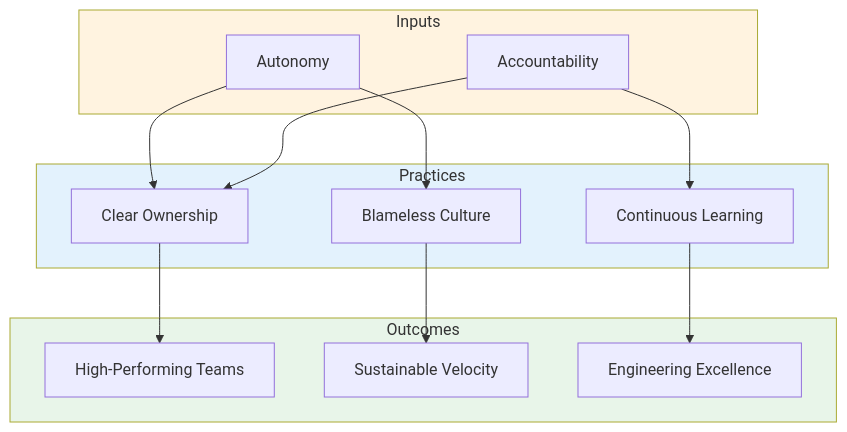
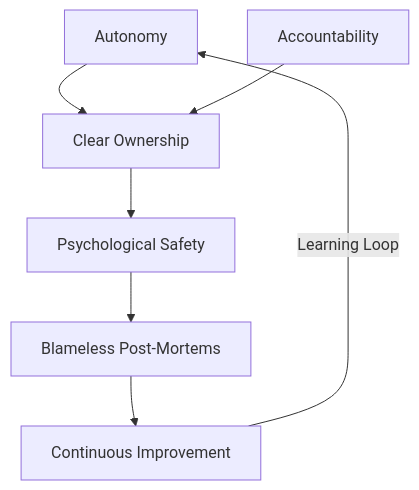
One commit to vadym-shukurov/management-and-culture changed the second of 2 diagrams in README.md. Above: the diagram before and after it, drawn with Mermaid. The commit also changed other lines of this file and 1 other file, not shown here.

First line of the commit message:
Add Culture Machine diagram and Blameless Post-Mortem

````diff
--- a/README.md
+++ b/README.md
@@ -142,31 +127,9 @@
 ```mermaid
-flowchart TB
-    subgraph INPUTS["Inputs"]
-        A[Autonomy]
-        B[Accountability]
-    end
-    
-    subgraph PRACTICES["Practices"]
-        C[Clear Ownership]
-        D[Blameless Culture]
-        E[Continuous Learning]
-    end
-    
-    subgraph OUTCOMES["Outcomes"]
-        F[High-Performing Teams]
-        G[Sustainable Velocity]
-        H[Engineering Excellence]
-    end
-    
-    A --> C
-    A --> D
-    B --> C
-    B --> E
-    C --> F
-    D --> G
-    E --> H
-    
-    style INPUTS fill:#fff3e0
-    style PRACTICES fill:#e3f2fd
-    style OUTCOMES fill:#e8f5e9
+graph TD
+    A[Autonomy] --> C[Clear Ownership]
+    B[Accountability] --> C
+    C --> D[Psychological Safety]
+    D --> E[Blameless Post-Mortems]
+    E --> F[Continuous Improvement]
+    F -->|Learning Loop| A
 ```
````
